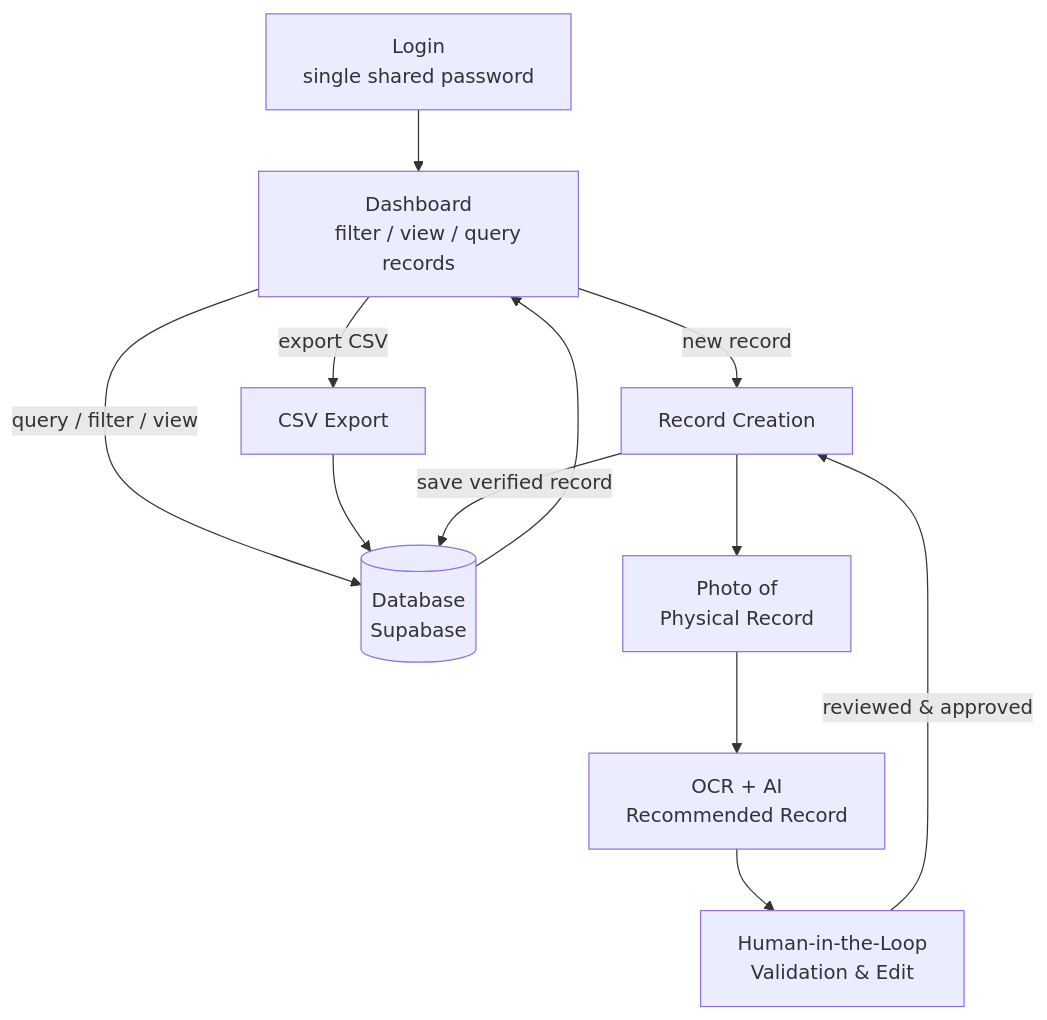
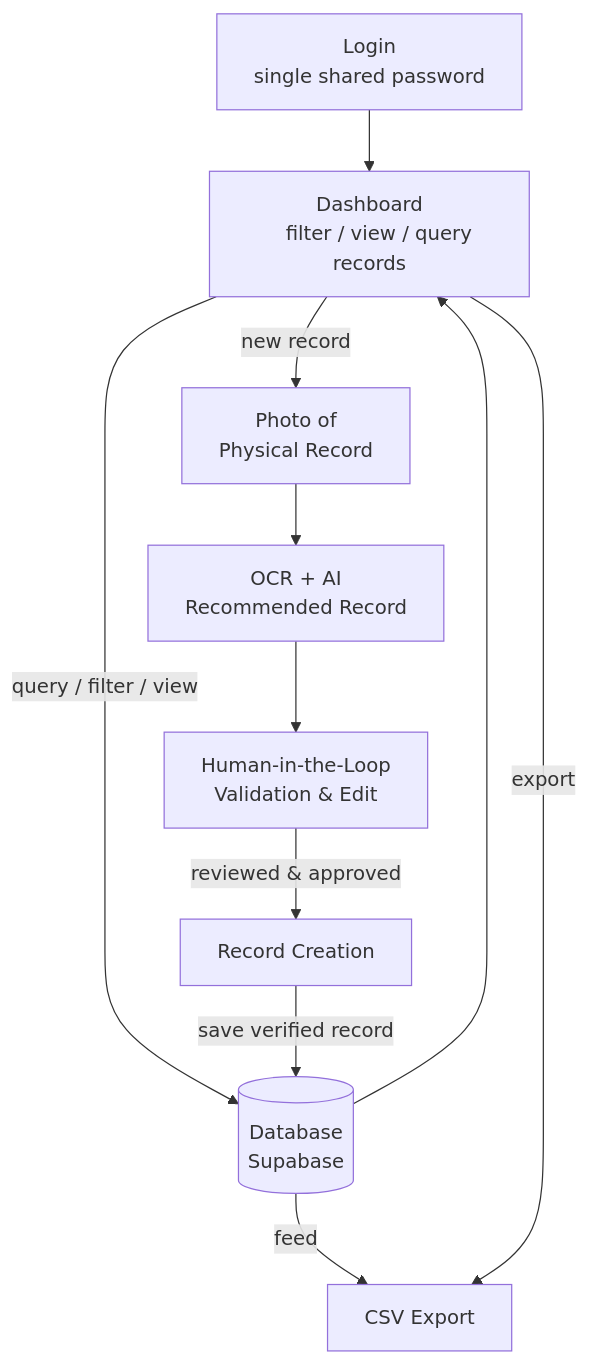
The diagram in docs/workflow-diagram.md (Monotonality/LapidaryArtsOCRPipeline), drawn with Mermaid before and after one commit. The commit also changed 14 other files, not shown here.

````diff
--- a/docs/workflow-diagram.md
+++ b/docs/workflow-diagram.md
@@ -3,30 +3,29 @@
 ```mermaid
 flowchart TD
     Login["Login
     single shared password"]
     Dash["Dashboard
     filter / view / query records"]
     DB[("Database
     Supabase")]
     CSV["CSV Export"]
 
     Create["Record Creation"]
     Validate["Human-in-the-Loop
     Validation & Edit"]
     OCR["OCR + AI
     Recommended Record"]
     Photo["Photo of
     Physical Record"]
 
     Login --> Dash
     Dash -->|query / filter / view| DB
-    Dash -->|export CSV| CSV
-    CSV --> DB
-    Dash -->|new record| Create
-    Create --> Photo
+    DB -->|feed| CSV
+    Dash -->|export| CSV
+    Dash -->|new record| Photo
     Photo --> OCR
     OCR --> Validate
     Validate -->|reviewed & approved| Create
     Create -->|save verified record| DB
     DB --> Dash
 ```
````
